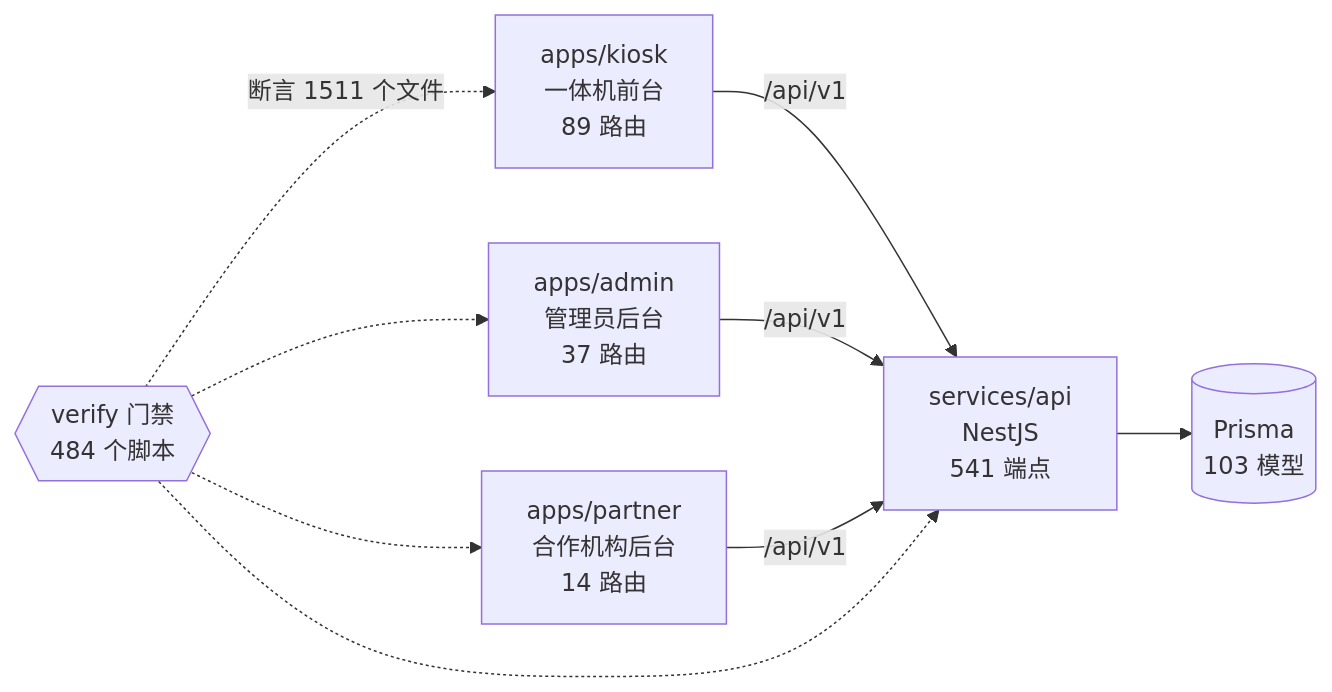
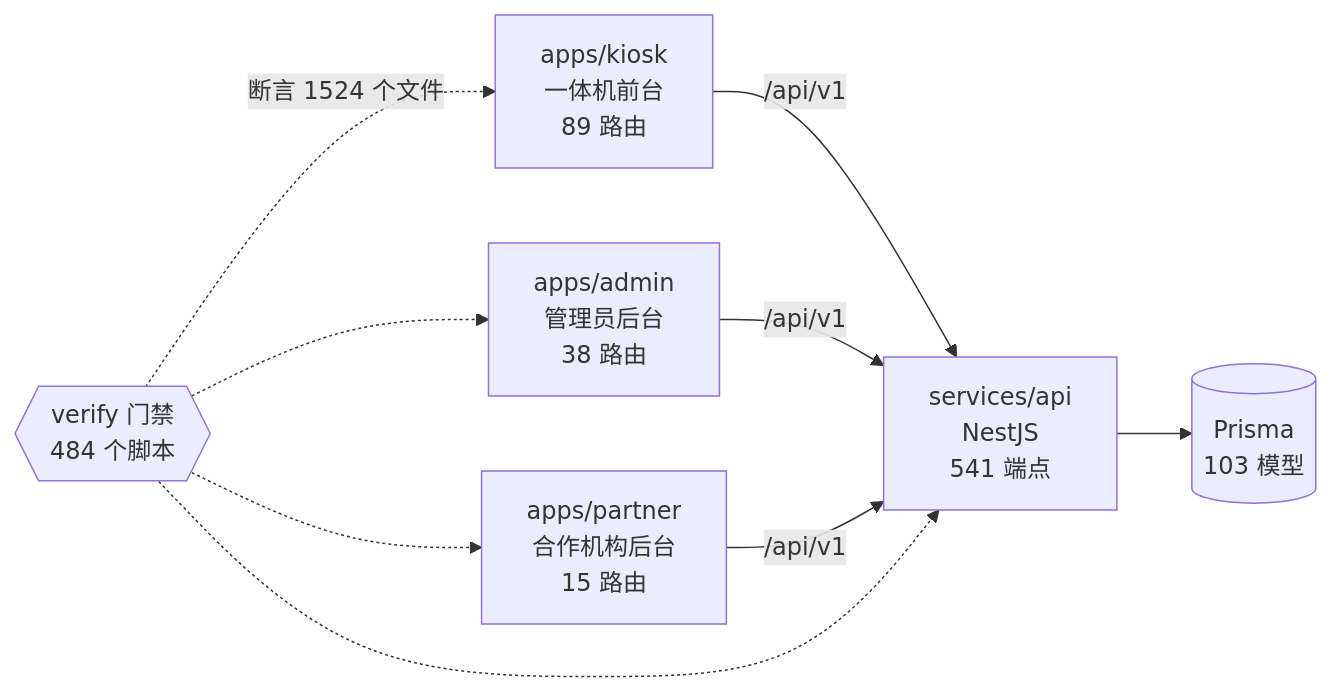
One commit to wanglei581/YITIJI changed the diagram in docs/graph/README.md. Above: the diagram before and after it, drawn with Mermaid. The commit also changed other lines of this file and 3 other files, not shown here.

Commit message:
chore(graph): regenerate after the twin screen routes and gate

````diff
--- a/docs/graph/README.md
+++ b/docs/graph/README.md
@@ -68,18 +68,18 @@
 ```mermaid
 flowchart LR
   kiosk["apps/kiosk<br/>一体机前台<br/>89 路由"]
-  admin["apps/admin<br/>管理员后台<br/>37 路由"]
-  partner["apps/partner<br/>合作机构后台<br/>14 路由"]
+  admin["apps/admin<br/>管理员后台<br/>38 路由"]
+  partner["apps/partner<br/>合作机构后台<br/>15 路由"]
   api["services/api<br/>NestJS<br/>541 端点"]
   db[("Prisma<br/>103 模型")]
   gates{{"verify 门禁<br/>484 个脚本"}}
 
   kiosk -->|"/api/v1"| api
   admin -->|"/api/v1"| api
   partner -->|"/api/v1"| api
   api --> db
-  gates -.->|"断言 1511 个文件"| kiosk
+  gates -.->|"断言 1524 个文件"| kiosk
   gates -.-> admin
   gates -.-> partner
   gates -.-> api
 ```
````
